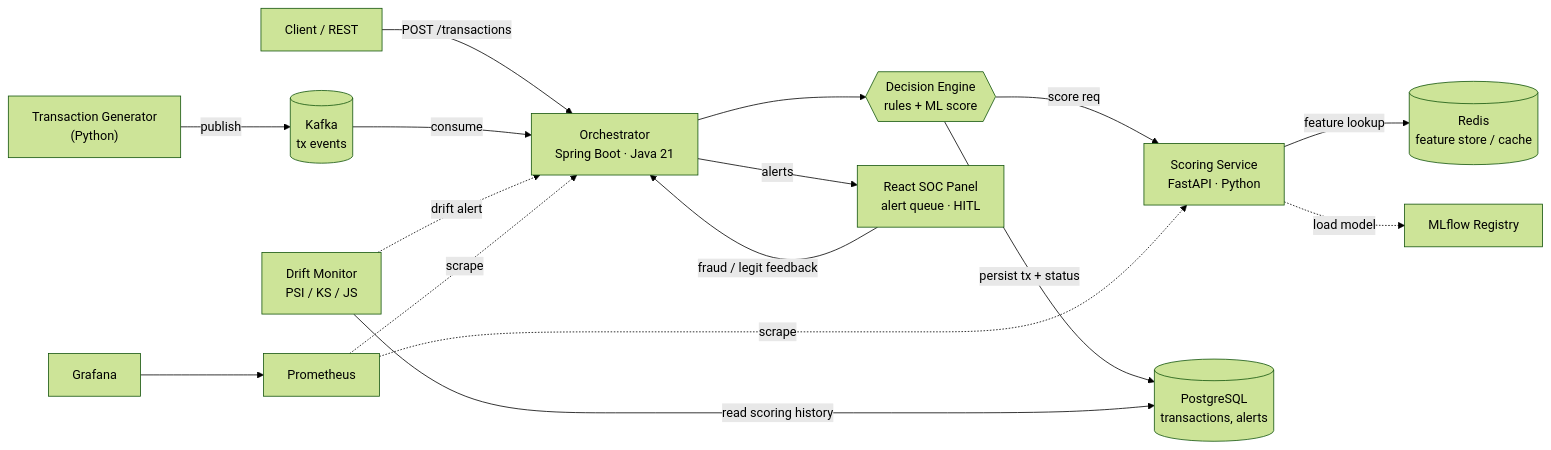
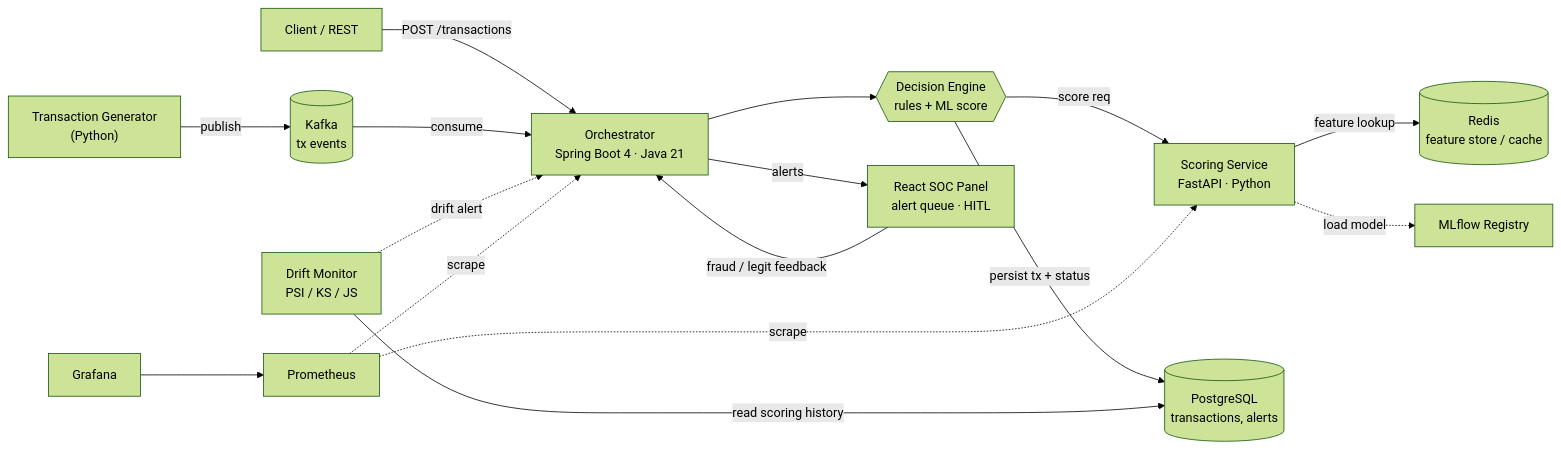
The diagram in README.md (Pawel123j/FraudFort), drawn with Mermaid (forest theme) before and after one commit. The commit also changed other lines of this file and 12 other files, not shown here.

First line of the commit message:
feat(orchestrator): bootstrap Spring Boot application

````diff
--- a/README.md
+++ b/README.md
@@ -14,32 +14,32 @@
 ```mermaid
 flowchart LR
     API[Client / REST]
     GEN["Transaction Generator<br/>(Python)"]
     KAFKA[("Kafka<br/>tx events")]
-    ORCH["Orchestrator<br/>Spring Boot · Java 21"]
+    ORCH["Orchestrator<br/>Spring Boot 4 · Java 21"]
     SCORE["Scoring Service<br/>FastAPI · Python"]
     DECISION{{"Decision Engine<br/>rules + ML score"}}
     PG[("PostgreSQL<br/>transactions, alerts")]
     REDIS[("Redis<br/>feature store / cache")]
     UI["React SOC Panel<br/>alert queue · HITL"]
     MLFLOW["MLflow Registry"]
     DRIFT["Drift Monitor<br/>PSI / KS / JS"]
     PROM["Prometheus"]
     GRAF["Grafana"]
 
     API -->|POST /transactions| ORCH
     GEN -->|publish| KAFKA
     KAFKA -->|consume| ORCH
     ORCH --> DECISION
     DECISION -->|score req| SCORE
     SCORE -->|feature lookup| REDIS
     SCORE -.->|load model| MLFLOW
     DECISION -->|persist tx + status| PG
     ORCH -->|alerts| UI
     UI -->|fraud / legit feedback| ORCH
     DRIFT -->|read scoring history| PG
     DRIFT -.->|drift alert| ORCH
     PROM -.->|scrape| ORCH
     PROM -.->|scrape| SCORE
     GRAF --> PROM
 ```
````
